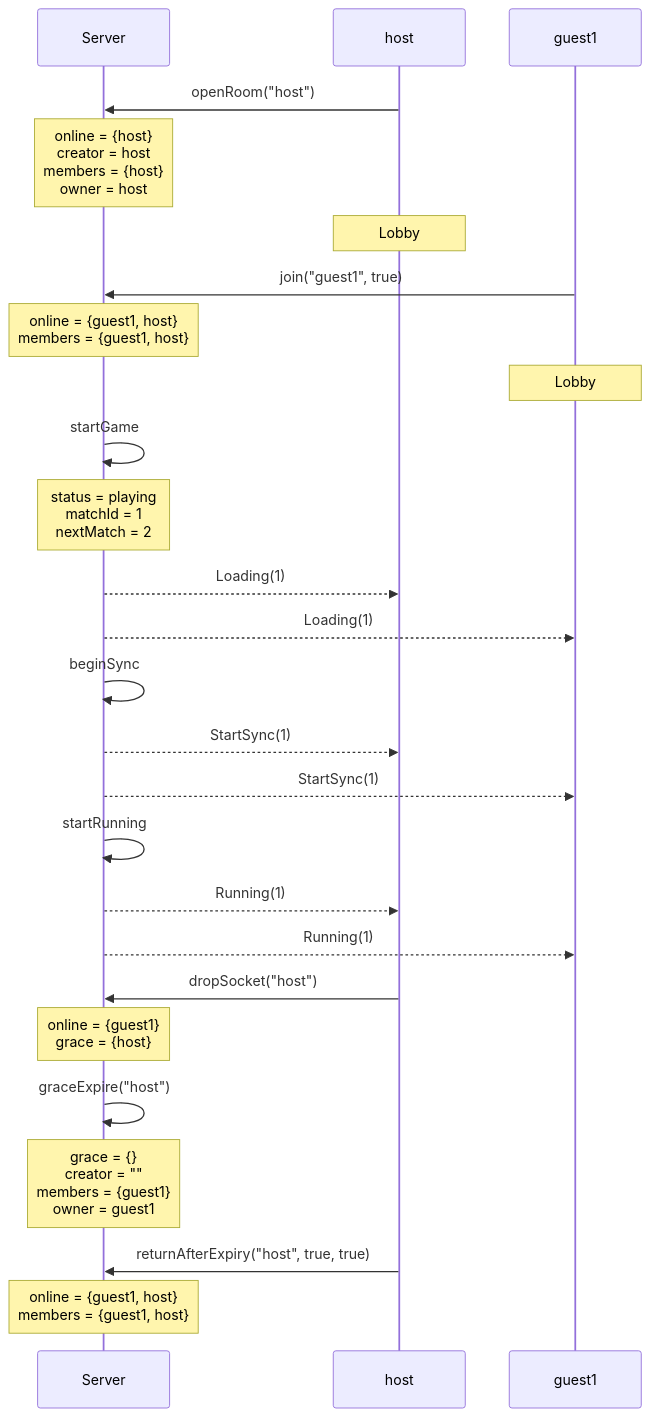
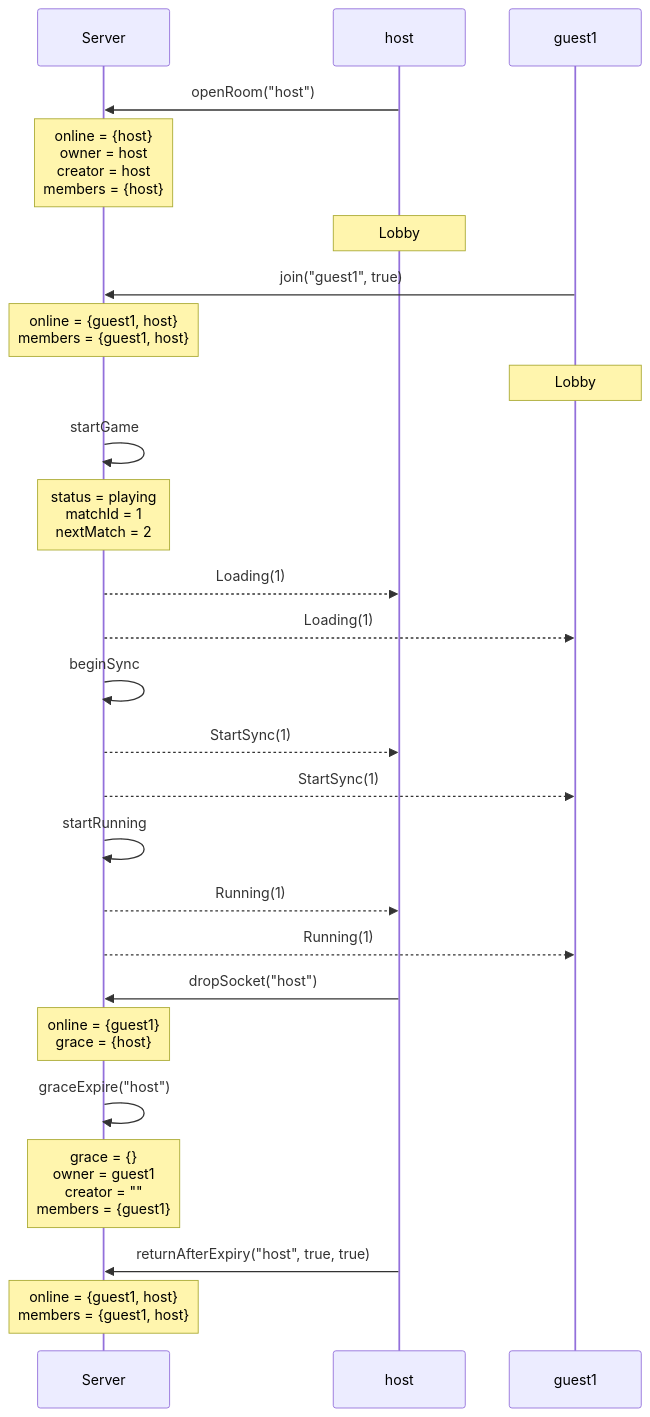
The tenth of 32 diagrams in docs/spec-traces.md (kwilson21/kaillera-next), drawn with Mermaid before and after one commit. The commit also changed other lines of this file and 49 other files, not shown here.

````diff
--- a/docs/spec-traces.md
+++ b/docs/spec-traces.md
@@ -140,28 +235,28 @@
 ```mermaid
 sequenceDiagram
   participant Server
   participant host
   participant guest1
   host->>Server: openRoom("host")
-  Note over Server: online = {host}<br/>creator = host<br/>members = {host}<br/>owner = host
+  Note over Server: online = {host}<br/>owner = host<br/>creator = host<br/>members = {host}
   Note over host: Lobby
   guest1->>Server: join("guest1", true)
   Note over Server: online = {guest1, host}<br/>members = {guest1, host}
   Note over guest1: Lobby
   Server->>Server: startGame
   Note over Server: status = playing<br/>matchId = 1<br/>nextMatch = 2
   Server-->>host: Loading(1)
   Server-->>guest1: Loading(1)
   Server->>Server: beginSync
   Server-->>host: StartSync(1)
   Server-->>guest1: StartSync(1)
   Server->>Server: startRunning
   Server-->>host: Running(1)
   Server-->>guest1: Running(1)
   host->>Server: dropSocket("host")
   Note over Server: online = {guest1}<br/>grace = {host}
   Server->>Server: graceExpire("host")
-  Note over Server: grace = {}<br/>creator = ""<br/>members = {guest1}<br/>owner = guest1
+  Note over Server: grace = {}<br/>owner = guest1<br/>creator = ""<br/>members = {guest1}
   host->>Server: returnAfterExpiry("host", true, true)
   Note over Server: online = {guest1, host}<br/>members = {guest1, host}
 ```
````
